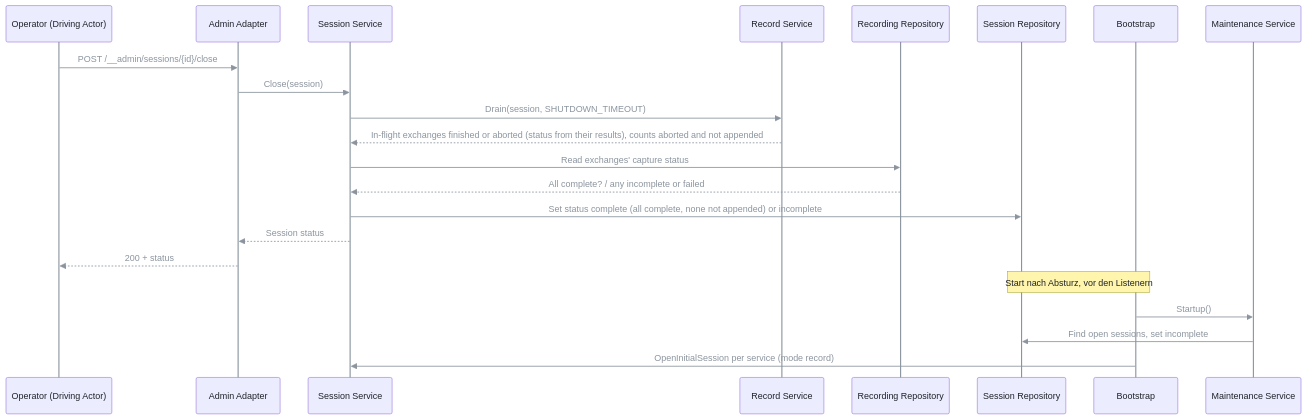
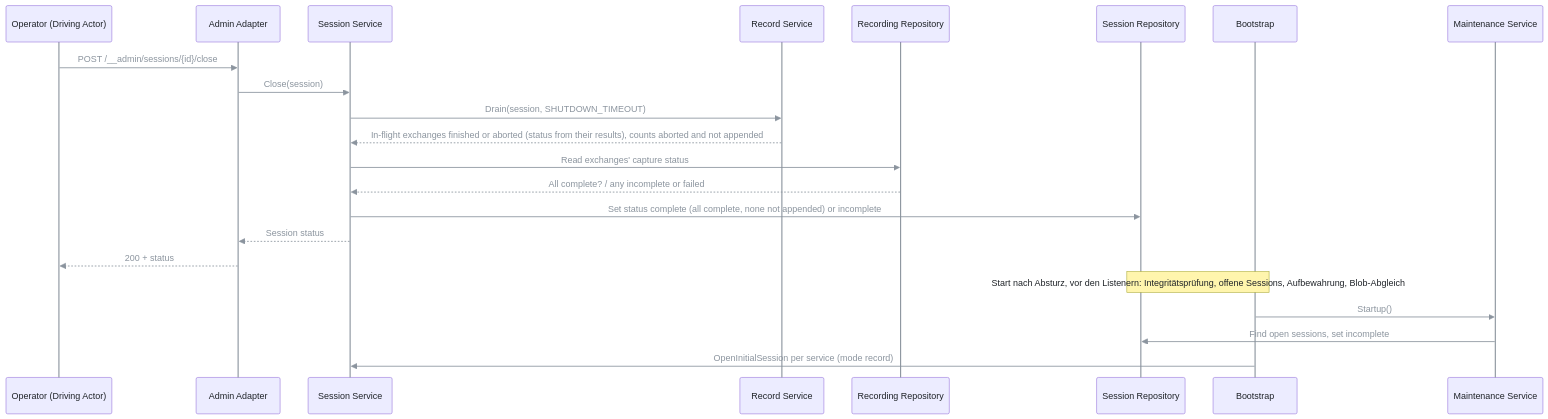
Diagram 11 of 11 in spec/architecture.md (pt9912/odata-recorder), drawn with Mermaid before and after one commit. The commit also changed other lines of this file and 3 other files, not shown here.

First line of the commit message:
Architect: Vertrag von MaintenanceUseCase vor dem Code, ADR-0008 als Proposed (LH-RB-04, LH-FA-03, LH-FA-13, ADR-0008)

````diff
--- a/spec/architecture.md
+++ b/spec/architecture.md
@@ -538,25 +538,25 @@
 ```mermaid
 %%{init: {'themeVariables': {'lineColor': '#8b949e', 'signalColor': '#8b949e', 'signalTextColor': '#8b949e', 'actorLineColor': '#8b949e', 'loopTextColor': '#8b949e', 'textColor': '#c9d1d9', 'primaryTextColor': '#1f2328', 'nodeTextColor': '#1f2328', 'actorTextColor': '#1f2328', 'noteTextColor': '#1f2328', 'edgeLabelBackground': '#30363d'}}}%%
 sequenceDiagram
     participant O as Operator (Driving Actor)
     participant A as Admin Adapter
     participant S as Session Service
     participant P as Record Service
     participant X as Recording Repository
     participant R as Session Repository
     participant B as Bootstrap
     participant M as Maintenance Service
     O->>A: POST /__admin/sessions/{id}/close
     A->>S: Close(session)
     S->>P: Drain(session, SHUTDOWN_TIMEOUT)
     P-->>S: In-flight exchanges finished or aborted (status from their results), counts aborted and not appended
     S->>X: Read exchanges' capture status
     X-->>S: All complete? / any incomplete or failed
     S->>R: Set status complete (all complete, none not appended) or incomplete
     S-->>A: Session status
     A-->>O: 200 + status
-    Note over B,R: Start nach Absturz, vor den Listenern
+    Note over B,R: Start nach Absturz, vor den Listenern: Integritätsprüfung, offene Sessions, Aufbewahrung, Blob-Abgleich
     B->>M: Startup()
     M->>R: Find open sessions, set incomplete
     B->>S: OpenInitialSession per service (mode record)
 ```
````
